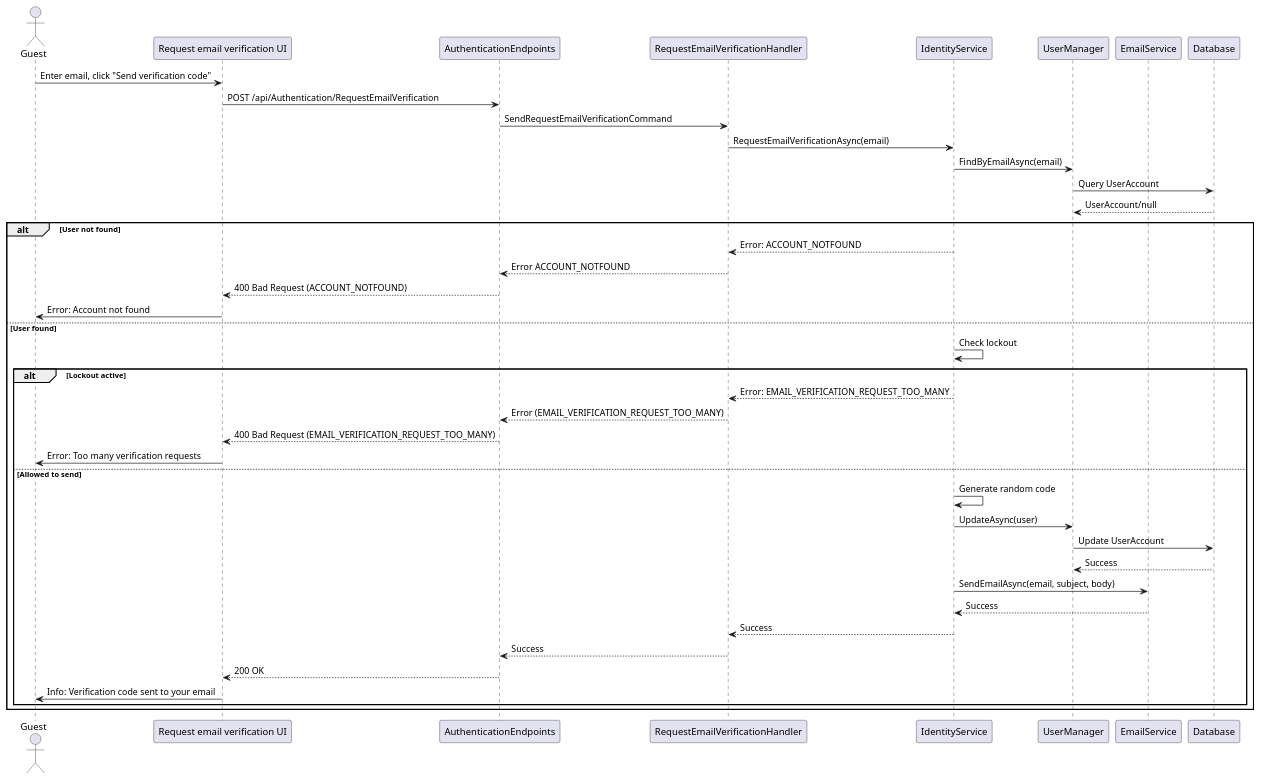
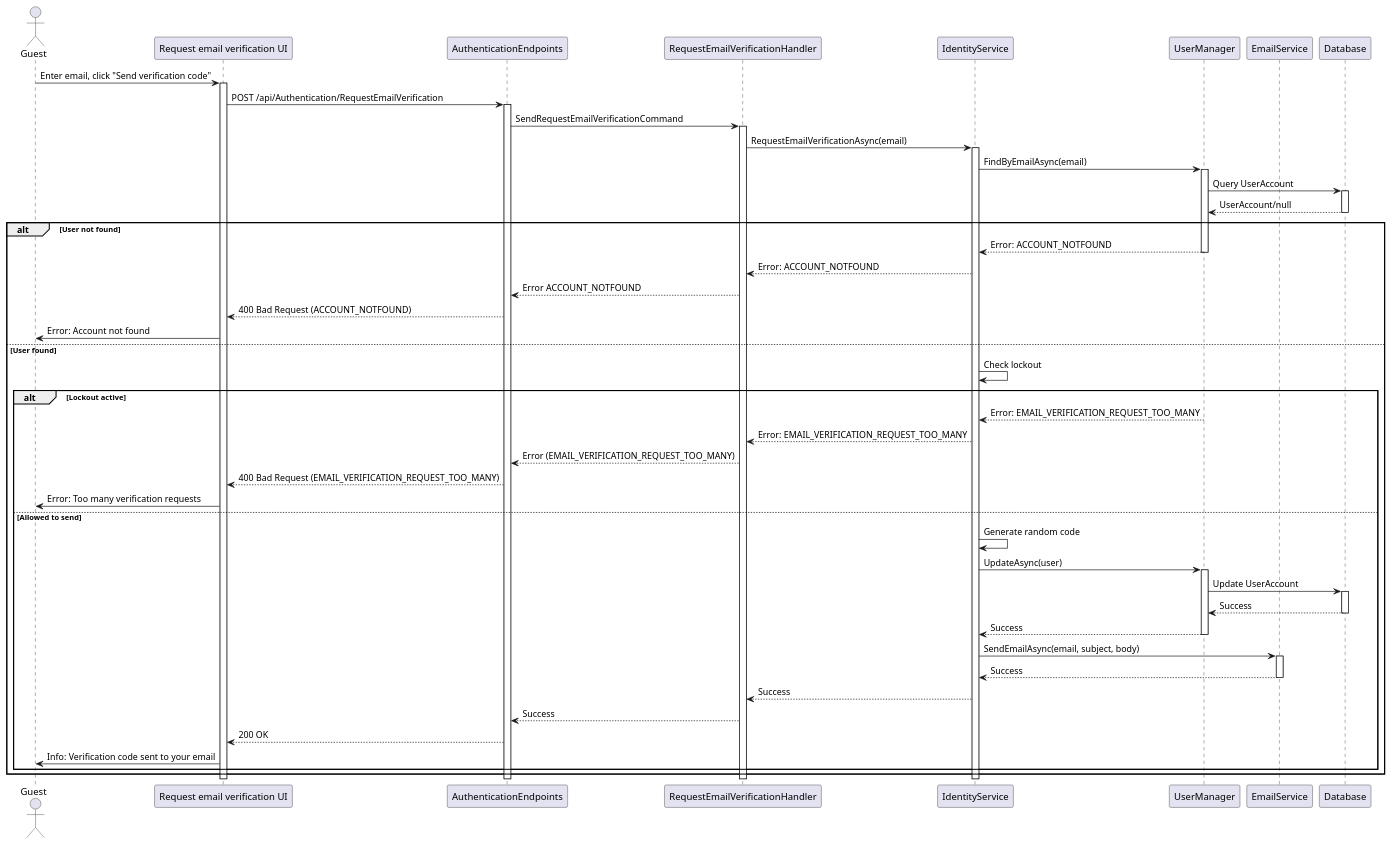
The diagram in authentication/sequence/06_RequestEmailVerification.puml (thanhkhac/SEP_Diagram), drawn with PlantUML before and after one commit. The commit also changed 3 other files, not shown here.

Commit message:
Enhance authentication sequence diagrams

```diff
--- a/authentication/sequence/06_RequestEmailVerification.puml
+++ b/authentication/sequence/06_RequestEmailVerification.puml
@@ -1,43 +1,65 @@
 @startuml
 actor Guest as User
 participant "Request email verification UI" as UI
 participant AuthenticationEndpoints
 participant RequestEmailVerificationHandler
 participant IdentityService
 participant UserManager
 participant EmailService
 participant Database
 
 User -> UI : Enter email, click "Send verification code"
+activate UI
 UI -> AuthenticationEndpoints : POST /api/Authentication/RequestEmailVerification
+activate AuthenticationEndpoints
 AuthenticationEndpoints -> RequestEmailVerificationHandler : SendRequestEmailVerificationCommand
+activate RequestEmailVerificationHandler
 RequestEmailVerificationHandler -> IdentityService : RequestEmailVerificationAsync(email)
+activate IdentityService
 IdentityService -> UserManager : FindByEmailAsync(email)
+activate UserManager
 UserManager -> Database : Query UserAccount
+activate Database
 Database --> UserManager : UserAccount/null
+deactivate Database
 alt User not found
+    UserManager --> IdentityService : Error: ACCOUNT_NOTFOUND
+    deactivate UserManager
     IdentityService --> RequestEmailVerificationHandler : Error: ACCOUNT_NOTFOUND
     RequestEmailVerificationHandler --> AuthenticationEndpoints : Error ACCOUNT_NOTFOUND
     AuthenticationEndpoints --> UI : 400 Bad Request (ACCOUNT_NOTFOUND)
     UI -> User : Error: Account not found
 else User found
     IdentityService -> IdentityService : Check lockout
     alt Lockout active
+        UserManager --> IdentityService : Error: EMAIL_VERIFICATION_REQUEST_TOO_MANY
+        deactivate UserManager
         IdentityService --> RequestEmailVerificationHandler : Error: EMAIL_VERIFICATION_REQUEST_TOO_MANY
         RequestEmailVerificationHandler --> AuthenticationEndpoints : Error (EMAIL_VERIFICATION_REQUEST_TOO_MANY)
         AuthenticationEndpoints --> UI : 400 Bad Request (EMAIL_VERIFICATION_REQUEST_TOO_MANY)
         UI -> User : Error: Too many verification requests
     else Allowed to send
         IdentityService -> IdentityService : Generate random code
         IdentityService -> UserManager : UpdateAsync(user)
+        activate UserManager
         UserManager -> Database : Update UserAccount
+        activate Database
         Database --> UserManager : Success
+        deactivate Database
+        UserManager --> IdentityService : Success
+        deactivate UserManager
         IdentityService -> EmailService : SendEmailAsync(email, subject, body)
+        activate EmailService
         EmailService --> IdentityService : Success
+        deactivate EmailService
         IdentityService --> RequestEmailVerificationHandler : Success
         RequestEmailVerificationHandler --> AuthenticationEndpoints : Success
         AuthenticationEndpoints --> UI : 200 OK
         UI -> User : Info: Verification code sent to your email
     end
 end
+deactivate IdentityService
+deactivate RequestEmailVerificationHandler
+deactivate AuthenticationEndpoints
+deactivate UI
 @enduml
```
